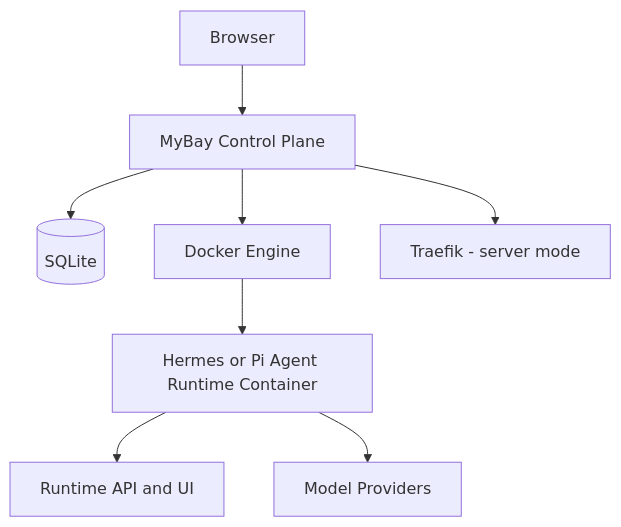
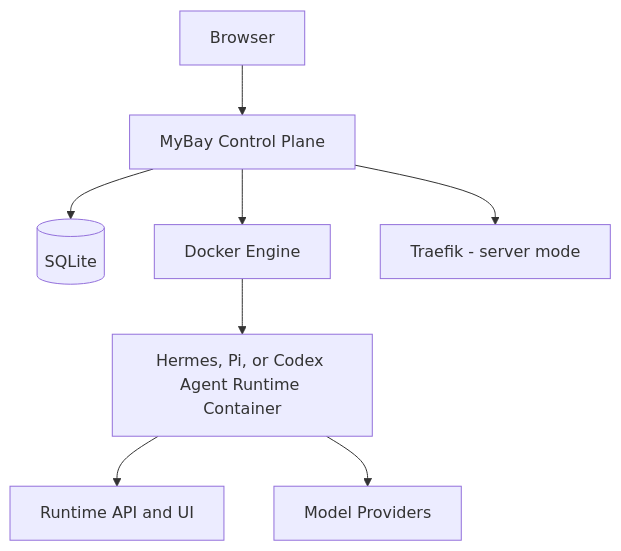
Before and after one commit to mybay-ai/mybay: the diagram in README.md, drawn with Mermaid. The commit also changed other lines of this file and 67 other files, not shown here.

````diff
--- a/README.md
+++ b/README.md
@@ -294,10 +296,10 @@
 ```mermaid
 flowchart TD
   B[Browser] --> C[MyBay Control Plane]
   C --> S[(SQLite)]
   C --> D[Docker Engine]
   C --> T[Traefik - server mode]
-  D --> R[Hermes or Pi Agent Runtime Container]
+  D --> R[Hermes, Pi, or Codex Agent Runtime Container]
   R --> A[Runtime API and UI]
   R --> M[Model Providers]
 ```
````
